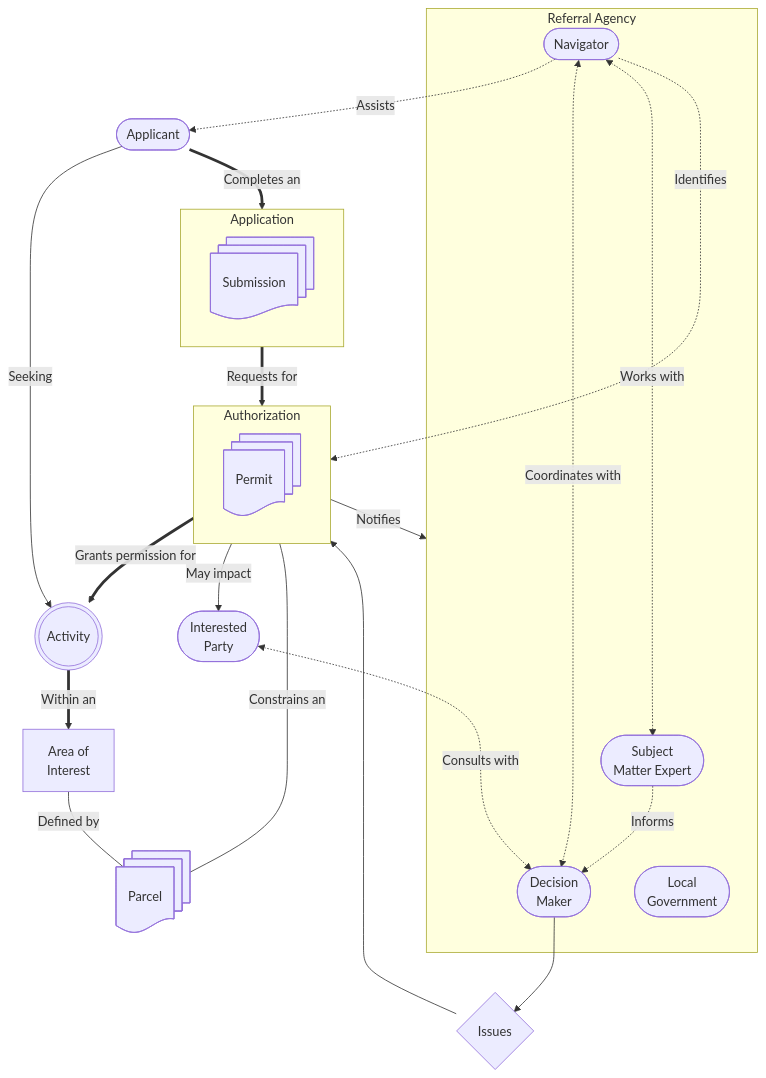
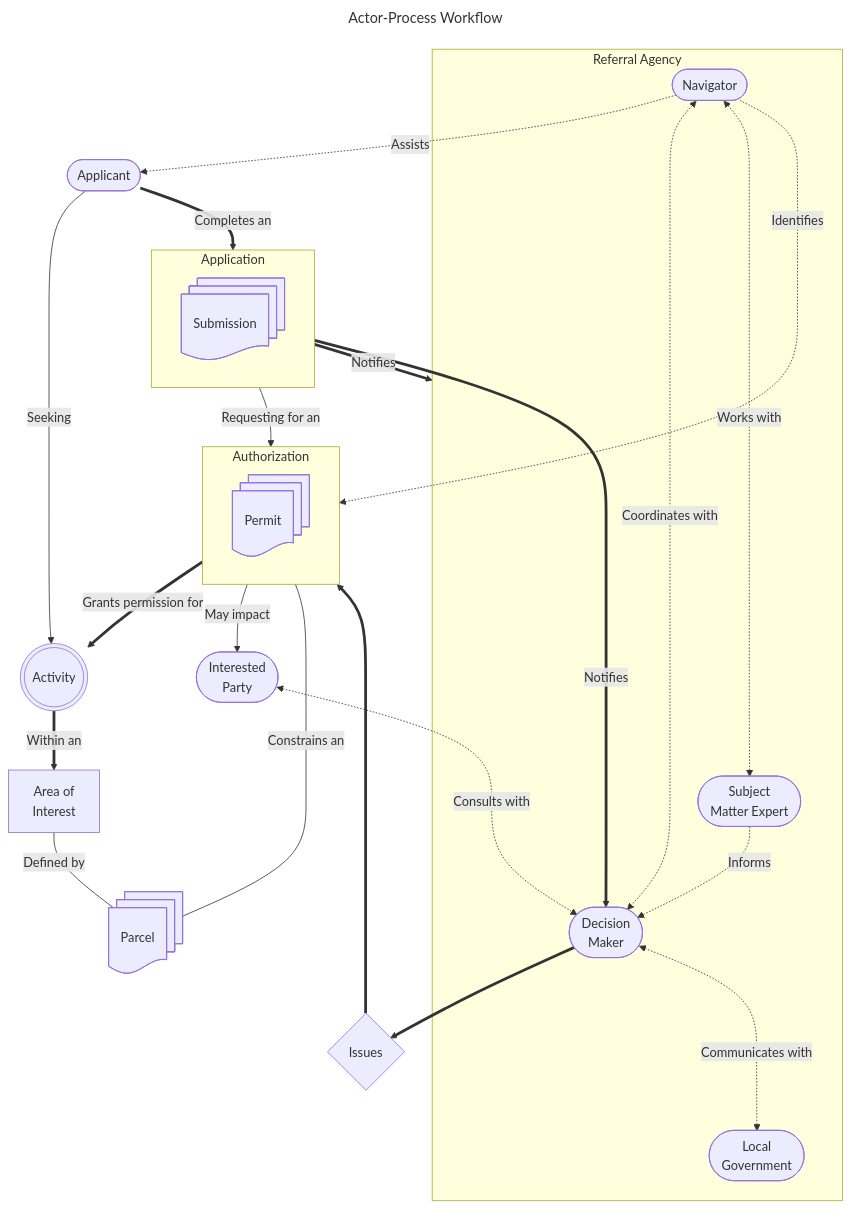
One commit to bcgov/nr-pies changed the first of 2 diagrams in docs/intro/terminology.md. Above: the diagram before and after it, drawn with Mermaid. The commit also changed other lines of this file, not shown here.

Commit message:
Update Actor-Process graph with more visible bold main path

````diff
--- a/docs/intro/terminology.md
+++ b/docs/intro/terminology.md
@@ -62,52 +62,56 @@
 ```mermaid
+---
+title: Actor-Process Workflow
+---
 %% v11 broke and made all links have arrow heads
 %% Ref: https://github.com/mermaid-js/mermaid/issues/5813
 flowchart TB
   Activity@{ shape: dbl-circ }
   Applicant@{ shape: stadium }
   AOI@{ shape: rect, label: "Area of
     Interest" }
   DM@{ shape: stadium, label: "Decision
     Maker" }
   IP@{ shape: stadium, label: "Interested
     Party" }
   Issues@{ shape: diamond }
   LG@{ shape: stadium, label: "Local
     Government" }
   Navigator@{ shape: stadium }
   Parcel@{ shape: docs }
   Permit@{ shape: docs }
   SME@{ shape: stadium, label: "Subject
     Matter Expert" }
   Submission@{ shape: docs }
 
   Activity ==>|Within an| AOI
   AOI ---|Defined by| Parcel
   Applicant -->|Seeking| Activity
   Applicant ==>|Completes an| Application
-  Application ==>|Requests for| Authorization
+  Application -->|Requesting for an| Authorization
+  Application ==>|Notifies| RA & DM
   Authorization ==>|Grants permission for| Activity
   Authorization -->|May impact| IP
-  Authorization -->|Notifies| RA
-  DM --> Issues --> Authorization
+  DM ==> Issues ==> Authorization
+  DM <-..->|Communicates with| LG
   IP <-..->|Consults with| DM
   Navigator -.->|Identifies| Authorization
   Navigator -.->|Assists| Applicant
   Navigator <-.->|Coordinates with| DM
   Navigator <-.->|Works with| SME
   SME -.->|Informs| DM
   Parcel ---|Constrains an| Authorization
 
   subgraph Application
     Submission
   end
   subgraph Authorization
     Permit
   end
   subgraph RA[Referral Agency]
     DM
     LG
     Navigator
     SME
   end
 ```
````
